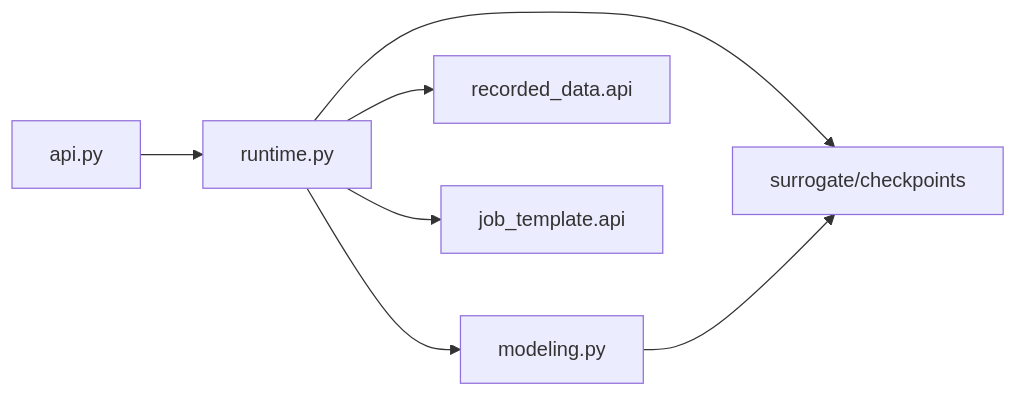
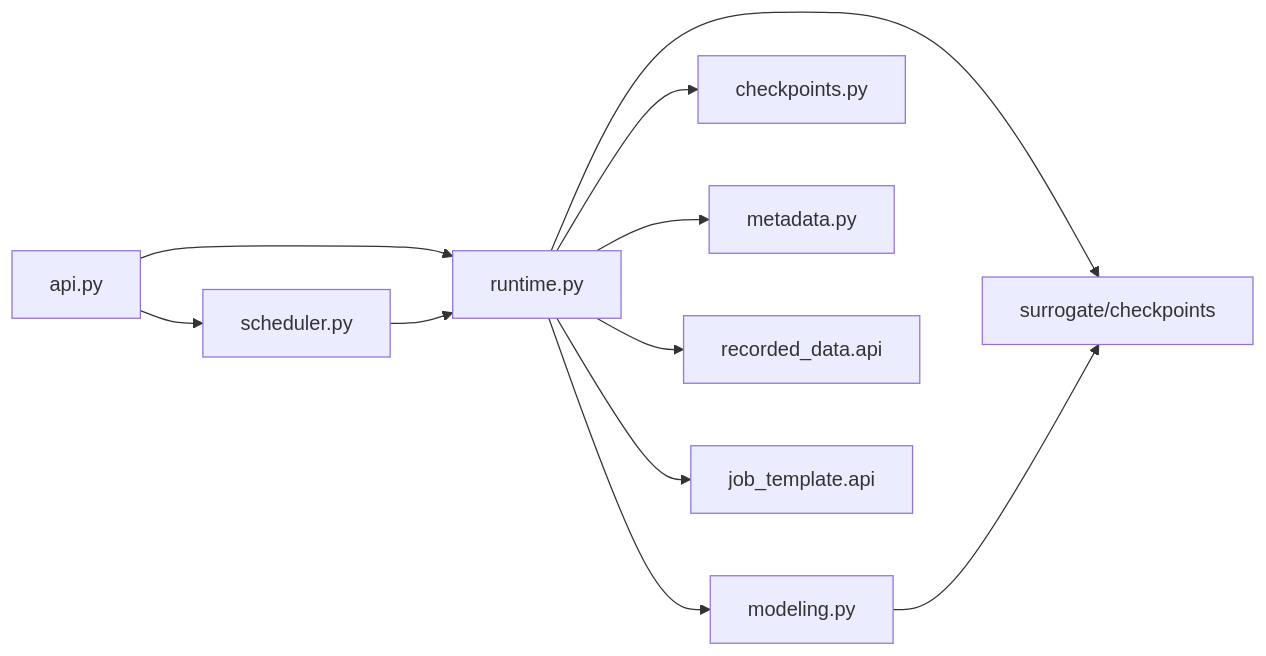
The fifth of 5 diagrams in dev_doc/architecture/c4_component.md (YS-Pan/yadof), drawn with Mermaid before and after one commit. The commit also changed other lines of this file and 44 other files, not shown here.

````diff
--- a/dev_doc/architecture/c4_component.md
+++ b/dev_doc/architecture/c4_component.md
@@ -89,9 +89,13 @@
 ```mermaid
 flowchart LR
     SurAPI["api.py"] --> Runtime["runtime.py"]
+    SurAPI --> Scheduler["scheduler.py"]
+    Scheduler --> Runtime
     Runtime --> Modeling["modeling.py"]
+    Runtime --> CheckpointIO["checkpoints.py"]
+    Runtime --> SurMeta["metadata.py"]
     Runtime --> RD["recorded_data.api"]
     Runtime --> JT["job_template.api"]
     Runtime --> Checkpoints["surrogate/checkpoints"]
     Modeling --> Checkpoints
 ```
````
